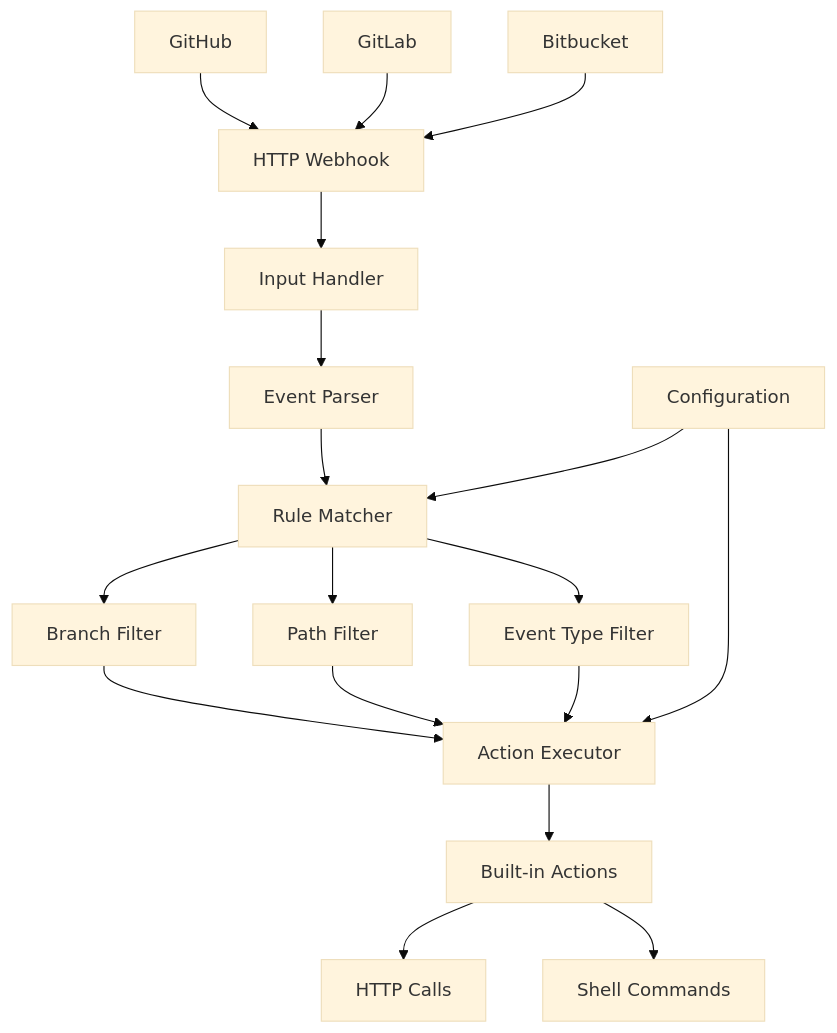
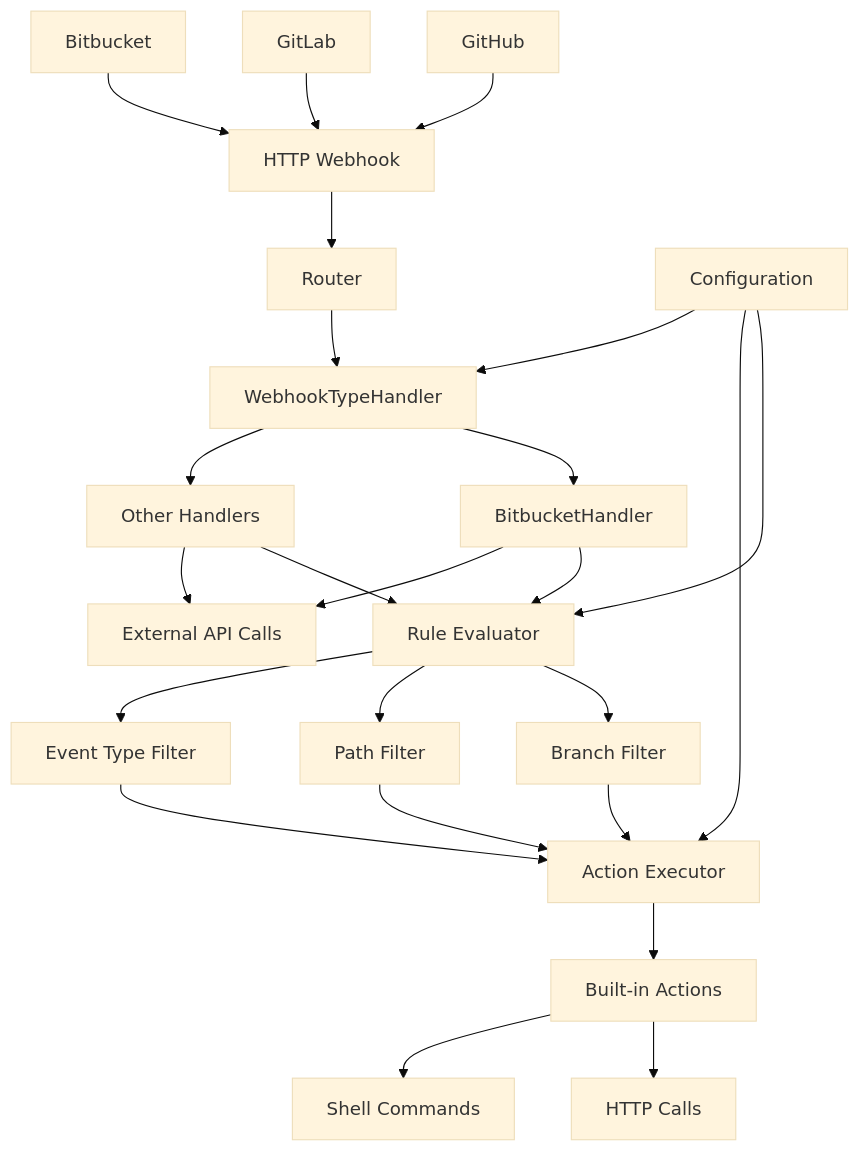
The diagram in docs/specification.md (acfabro/git-actions), drawn with Mermaid (base theme) before and after one commit. The commit also changed other lines of this file and 35 other files, not shown here.

````diff
--- a/docs/specification.md
+++ b/docs/specification.md
@@ -44,21 +45,27 @@
 ```mermaid
 graph TD
-    A[HTTP Webhook] --> L[Input Handler]
-    L --> B[Event Parser]
-    B --> C[Rule Matcher]
+    A[HTTP Webhook] --> L[Router]
+    L --> B[WebhookTypeHandler]
+    B --> B1[BitbucketHandler]
+    B --> B2[Other Handlers]
+    B1 & B2 --> C[Rule Evaluator]
     C --> C1[Branch Filter]
     C --> C2[Path Filter]
     C --> C3[Event Type Filter]
     C1 & C2 & C3 --> D[Action Executor]
     D --> E[Built-in Actions]
     
     G[Configuration] --> C
     G --> D
+    G --> B
     
     H[GitHub] --> A
     I[GitLab] --> A
     J[Bitbucket] --> A
     
+    B1 --> API[External API Calls]
+    B2 --> API
+    
     E --> E1[HTTP Calls]
     E --> E2[Shell Commands]
 ```
````
